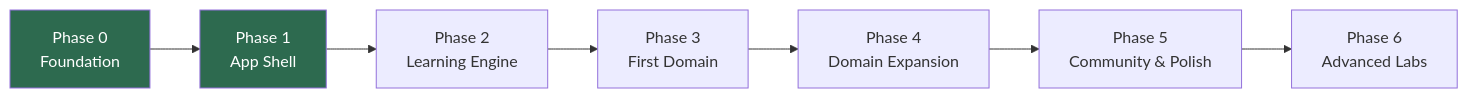
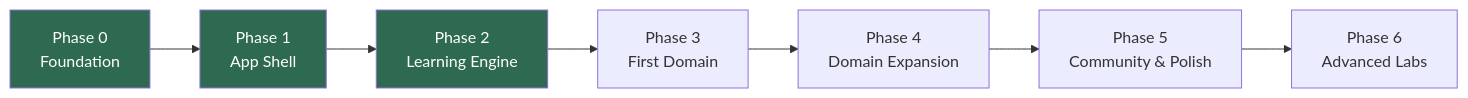
The diagram in ROADMAP.md (ADSACHIN/openlab), drawn with Mermaid before and after one commit. The commit also changed other lines of this file and 81 other files, not shown here.

````diff
--- a/ROADMAP.md
+++ b/ROADMAP.md
@@ -6,11 +6,12 @@
 ```mermaid
 flowchart LR
   P0[Phase 0<br/>Foundation] --> P1[Phase 1<br/>App Shell]
   P1 --> P2[Phase 2<br/>Learning Engine]
   P2 --> P3[Phase 3<br/>First Domain]
   P3 --> P4[Phase 4<br/>Domain Expansion]
   P4 --> P5["Phase 5<br/>Community & Polish"]
   P5 --> P6[Phase 6<br/>Advanced Labs]
   style P0 fill:#2d6a4f,color:#fff
   style P1 fill:#2d6a4f,color:#fff
+  style P2 fill:#2d6a4f,color:#fff
 ```
````
